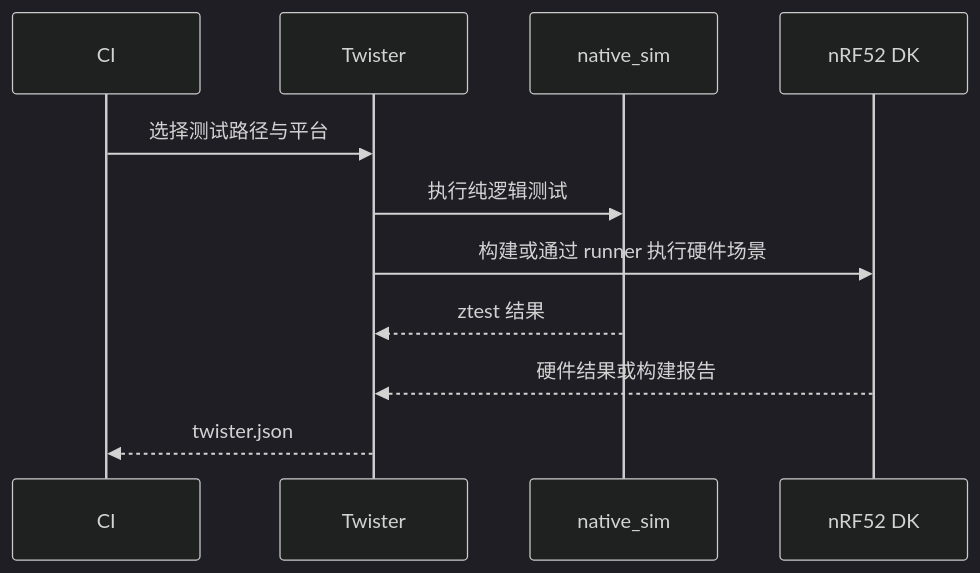
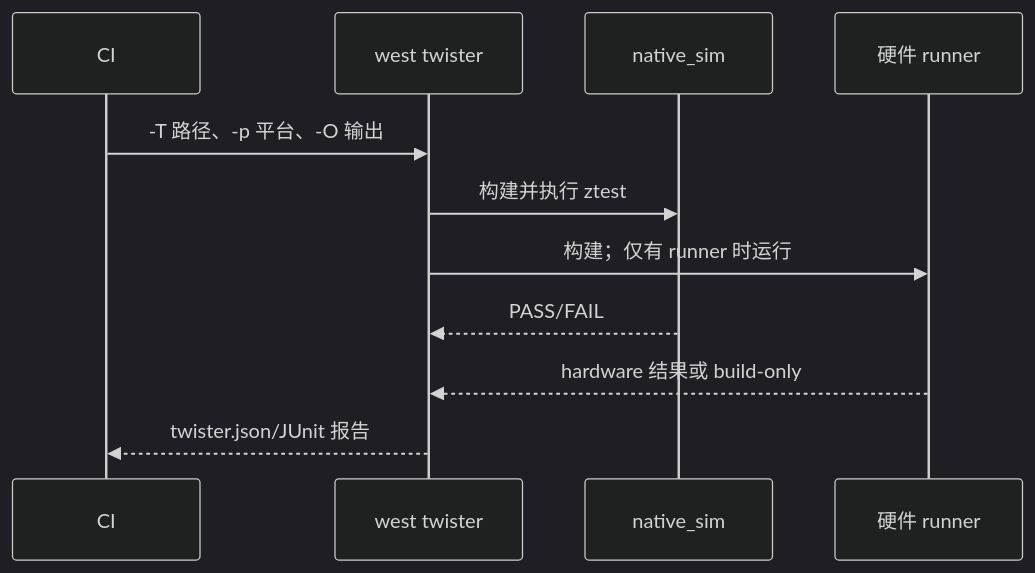
The second of 2 diagrams in docs/articles/zephyr/zephyr-26-testing-twister-ztest-engineering.md (cdragon-ljl/EEandEdgeAI), drawn with Mermaid (dark theme) before and after one commit. The commit also changed other lines of this file and 35 other files, not shown here.

````diff
--- a/docs/articles/zephyr/zephyr-26-testing-twister-ztest-engineering.md
+++ b/docs/articles/zephyr/zephyr-26-testing-twister-ztest-engineering.md
@@ -82,13 +35,13 @@
 ```mermaid
 sequenceDiagram
     participant CI as CI
-    participant T as Twister
+    participant T as west twister
     participant N as native_sim
-    participant H as nRF52 DK
-    CI->>T: 选择测试路径与平台
-    T->>N: 执行纯逻辑测试
-    T->>H: 构建或通过 runner 执行硬件场景
-    N-->>T: ztest 结果
-    H-->>T: 硬件结果或构建报告
-    T-->>CI: twister.json
+    participant H as 硬件 runner
+    CI->>T: -T 路径、-p 平台、-O 输出
+    T->>N: 构建并执行 ztest
+    T->>H: 构建；仅有 runner 时运行
+    N-->>T: PASS/FAIL
+    H-->>T: hardware 结果或 build-only
+    T-->>CI: twister.json/JUnit 报告
 ```
````
